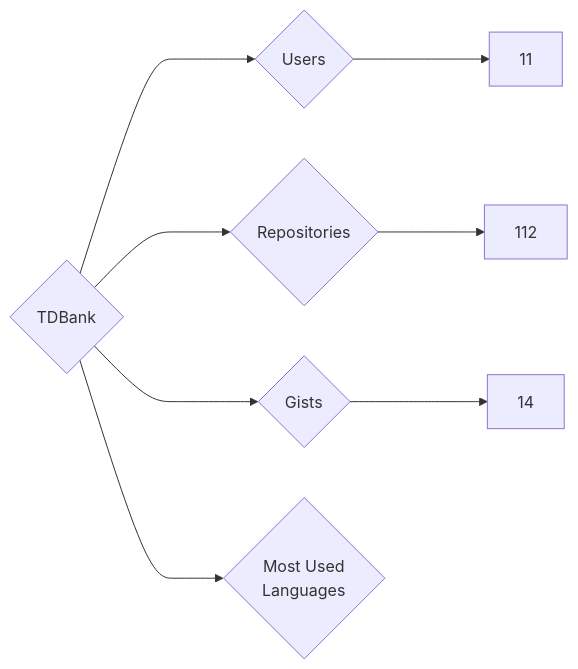
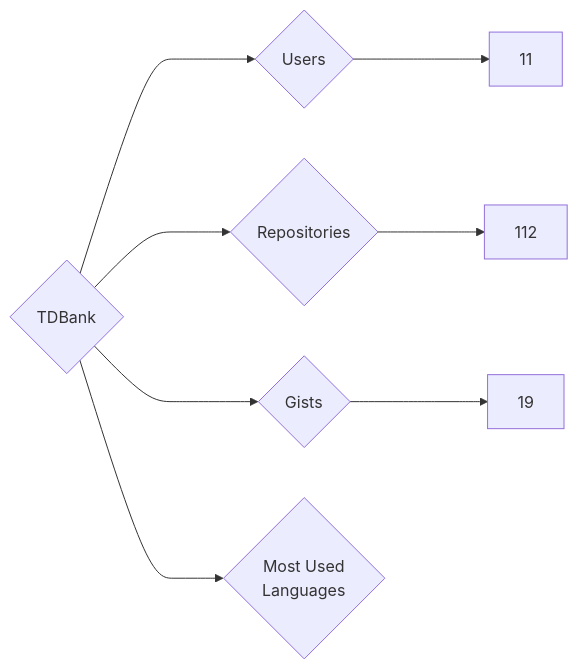
The diagram in targets/TDBank/README.md (nenadzaric/insiders), drawn with Mermaid before and after one commit. The commit also changed 1342 other files, not shown here.

````diff
--- a/targets/TDBank/README.md
+++ b/targets/TDBank/README.md
@@ -3,8 +3,8 @@
 ```mermaid
 graph LR
 COMPANY_NAME{TDBank}
 COMPANY_NAME ---> U{Users} ---> UN[11]
 COMPANY_NAME ---> R{Repositories} ---> RN[112]
-COMPANY_NAME ---> G{Gists} ---> GN[14]
+COMPANY_NAME ---> G{Gists} ---> GN[19]
 COMPANY_NAME ---> ML{Most Used<br>Languages}
 ```
````
